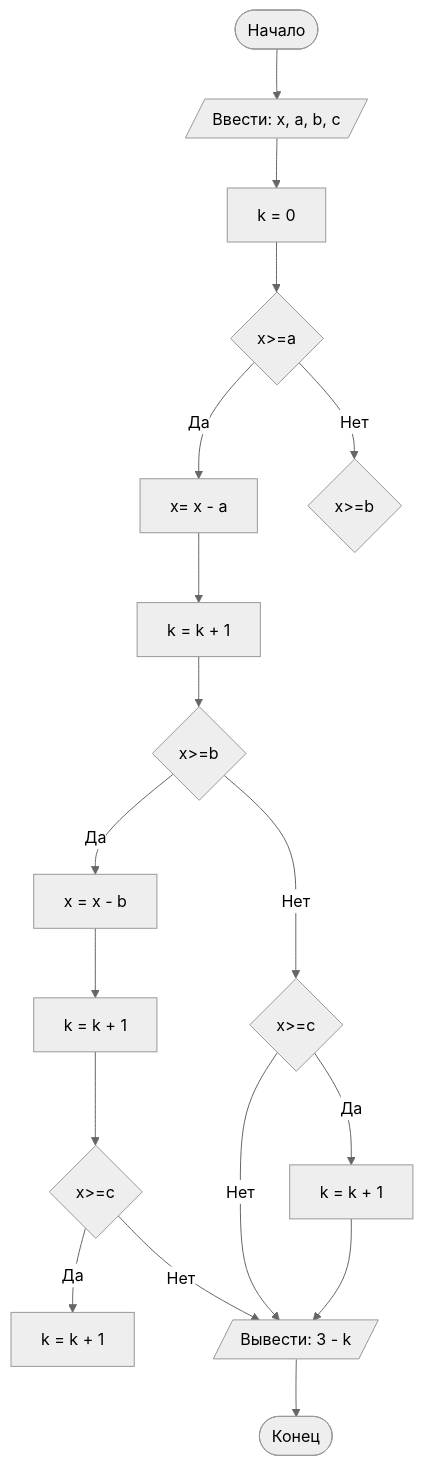
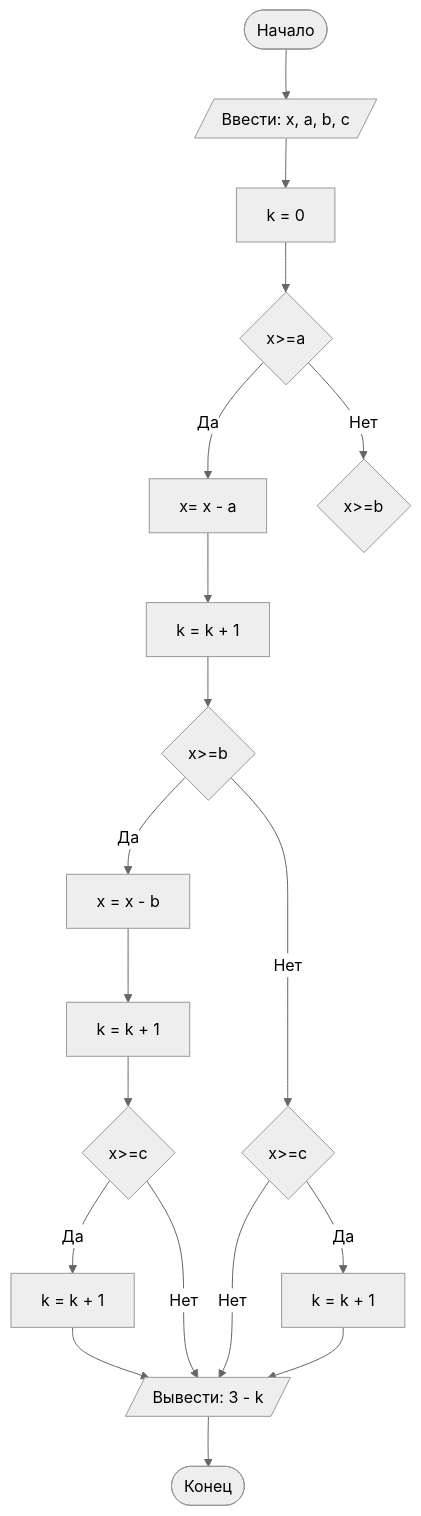
Before and after one commit to DariaVazh/Lab1: the diagram in README.md, drawn with Mermaid (neutral theme).

````diff
--- a/README.md
+++ b/README.md
@@ -42,20 +42,21 @@
 ```mermaid
 graph TD
 A([Начало]) --> B[/Ввести: x, a, b, c/]
 B --> C[k = 0]
 C --> D{x>=a}
 D -- Да --> E[x= x - a]
 D -- Нет --> Z{x>=b}
 E --> F[k = k + 1]
 F --> G{x>=b}
 G -- Да --> H[x = x - b]
 H --> I[k = k + 1]
 I --> uC{x>=c}
 uC -- Да --> vc[k = k + 1]
+vc --> preEnd
 uC -- Нет --> preEnd
 G -- Нет --> J{x>=c}
 J -- Да --> K[k = k + 1] 
 J -- Нет --> preEnd[/Вывести: 3 - k/]
 K --> preEnd
 preEnd --> End([Конец])
 ``` 
````
